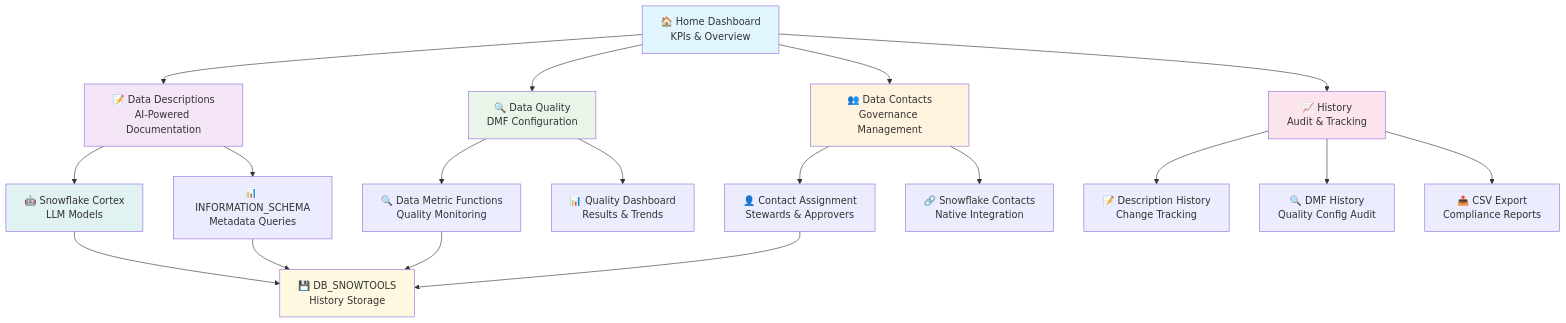
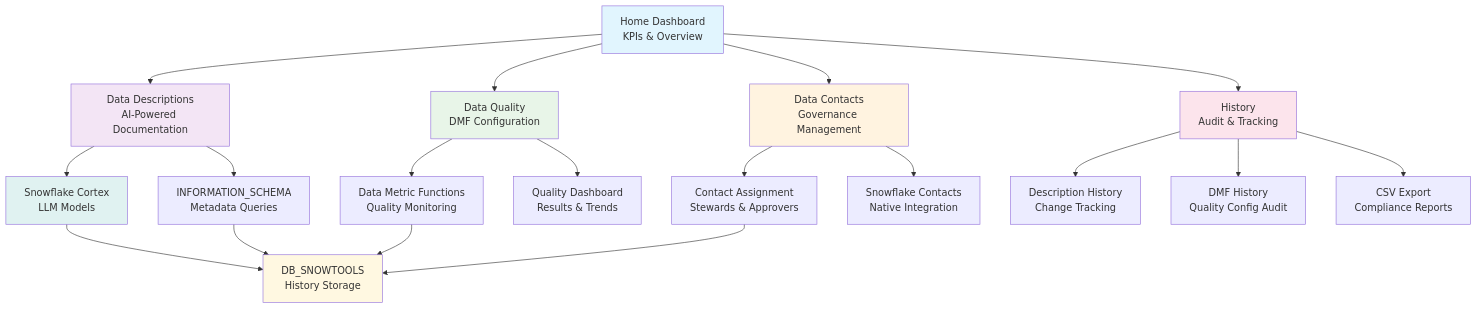
Before and after one commit to sfc-gh-kburns/DB-SnowDataQuality: the diagram in README.md, drawn with Mermaid. The commit also changed other lines of this file, not shown here.

````diff
--- a/README.md
+++ b/README.md
@@ -120,33 +120,33 @@
 ```mermaid
 graph TD
-    A["🏠 Home Dashboard<br/>KPIs & Overview"] --> B["📝 Data Descriptions<br/>AI-Powered Documentation"]
-    A --> C["🔍 Data Quality<br/>DMF Configuration"]
-    A --> D["👥 Data Contacts<br/>Governance Management"]
-    A --> E["📈 History<br/>Audit & Tracking"]
+    A["Home Dashboard<br/>KPIs & Overview"] --> B["Data Descriptions<br/>AI-Powered Documentation"]
+    A --> C["Data Quality<br/>DMF Configuration"]
+    A --> D["Data Contacts<br/>Governance Management"]
+    A --> E["History<br/>Audit & Tracking"]
     
-    B --> F["🤖 Snowflake Cortex<br/>LLM Models"]
-    B --> G["📊 INFORMATION_SCHEMA<br/>Metadata Queries"]
+    B --> F["Snowflake Cortex<br/>LLM Models"]
+    B --> G["INFORMATION_SCHEMA<br/>Metadata Queries"]
     
-    C --> H["🔍 Data Metric Functions<br/>Quality Monitoring"]
-    C --> I["📊 Quality Dashboard<br/>Results & Trends"]
+    C --> H["Data Metric Functions<br/>Quality Monitoring"]
+    C --> I["Quality Dashboard<br/>Results & Trends"]
     
-    D --> J["👤 Contact Assignment<br/>Stewards & Approvers"]
-    D --> K["🔗 Snowflake Contacts<br/>Native Integration"]
+    D --> J["Contact Assignment<br/>Stewards & Approvers"]
+    D --> K["Snowflake Contacts<br/>Native Integration"]
     
-    E --> L["📝 Description History<br/>Change Tracking"]
-    E --> M["🔍 DMF History<br/>Quality Config Audit"]
-    E --> N["📤 CSV Export<br/>Compliance Reports"]
+    E --> L["Description History<br/>Change Tracking"]
+    E --> M["DMF History<br/>Quality Config Audit"]
+    E --> N["CSV Export<br/>Compliance Reports"]
     
-    F --> O["💾 DB_SNOWTOOLS<br/>History Storage"]
+    F --> O["DB_SNOWTOOLS<br/>History Storage"]
     G --> O
     H --> O
     J --> O
     
     style A fill:#e1f5fe
     style B fill:#f3e5f5
     style C fill:#e8f5e8
     style D fill:#fff3e0
     style E fill:#fce4ec
     style F fill:#e0f2f1
     style O fill:#fff8e1
 ```
````
